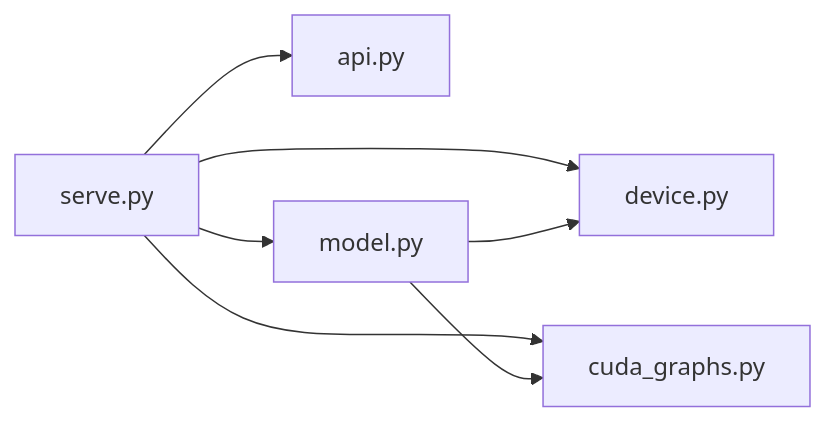
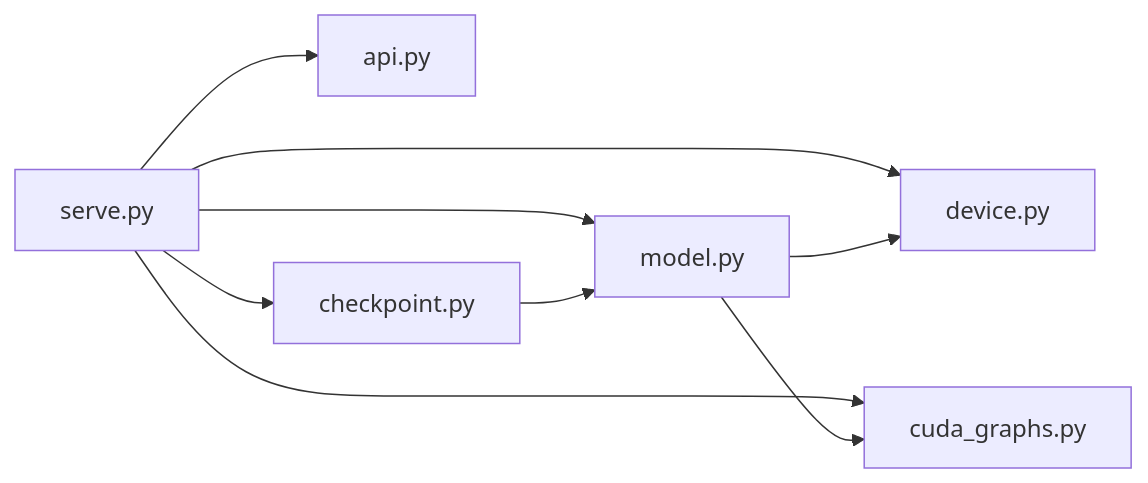
One commit to joezxh/kev changed the seventh of 7 diagrams in .qoder/repowiki/zh/content/推理服务/服务配置.md. Above: the diagram before and after it, drawn with Mermaid. The commit also changed other lines of this file and 220 other files, not shown here.

````diff
--- a/.qoder/repowiki/zh/content/推理服务/服务配置.md
+++ b/.qoder/repowiki/zh/content/推理服务/服务配置.md
@@ -250,9 +286,11 @@
 ```mermaid
 graph LR
 Serve["serve.py"] --> API["api.py"]
 Serve --> Model["model.py"]
 Serve --> Device["device.py"]
 Serve --> CG["cuda_graphs.py"]
+Serve --> Checkpoint["checkpoint.py"]
 Model --> Device
 Model --> CG
+Checkpoint --> Model
 ```
````
